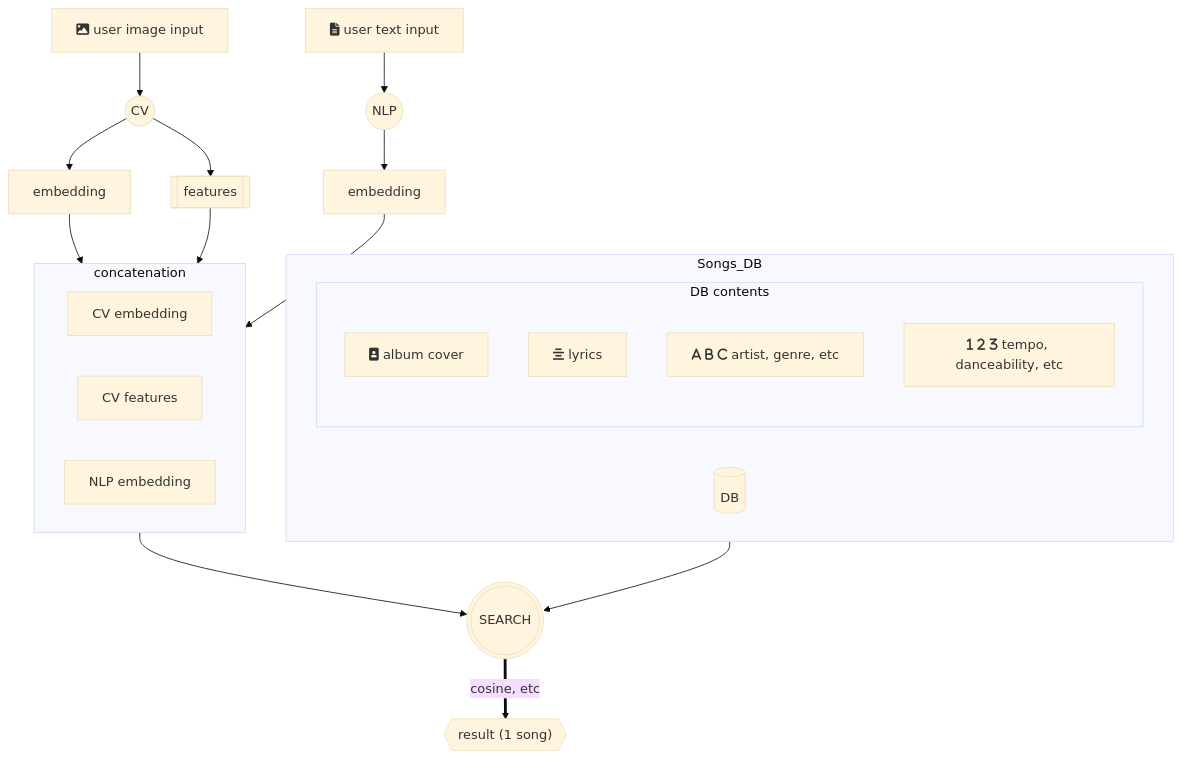
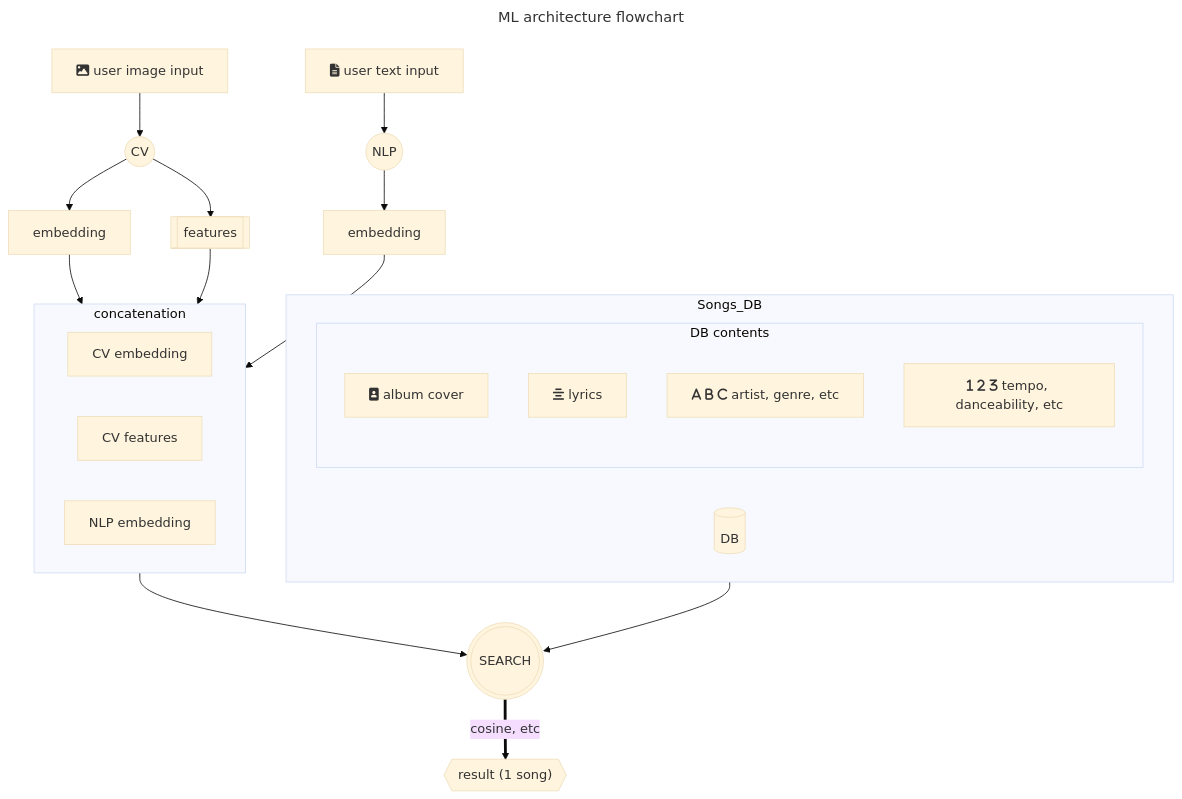
One commit to MulhamShaheen/AI-DJ changed the diagram in ML_System_Design_Doc.md. Above: the diagram before and after it, drawn with Mermaid (base theme). The commit also changed other lines of this file, not shown here.

````diff
--- a/ML_System_Design_Doc.md
+++ b/ML_System_Design_Doc.md
@@ -78,39 +107,42 @@
 ```mermaid
+---
+title: ML architecture flowchart 
+---
 flowchart TD
     user_pic[fa:fa-image user image input]
     user_text[fa:fa-file-lines user text input]
     cv((CV))
     nlp((NLP))
     text_embedding[embedding]
     picture_embedding[embedding]
     picture_features[[features]]
     subgraph concatenation
         concatenated_picture_embedding[CV embedding]
         concatenated_picture_features[CV features]
         concatenated_nlp_embedding[NLP embedding]
     end
     user_pic --> cv
     user_text --> nlp
     cv --> picture_embedding & picture_features
     nlp --> text_embedding
     picture_embedding & picture_features & text_embedding --> concatenation
 
     subgraph Songs_DB
         direction RL
         songs_db[(DB)]
         subgraph DB contents
             album_cover[fa:fa-portrait album cover]
             lyrics[fa:fa-align-center lyrics]
             artist[fa:fa-a fa:fa-b fa:fa-c artist, genre, etc]
             featuresartist[fa:fa-1 fa:fa-2 fa:fa-3 tempo, danceability, etc]
         end
     end
 
     search(((SEARCH)))
 
     concatenation & Songs_DB --> search
 
     result{{"result (1 song)"}}
 
     search ==cosine, etc==> result
 ```
````
